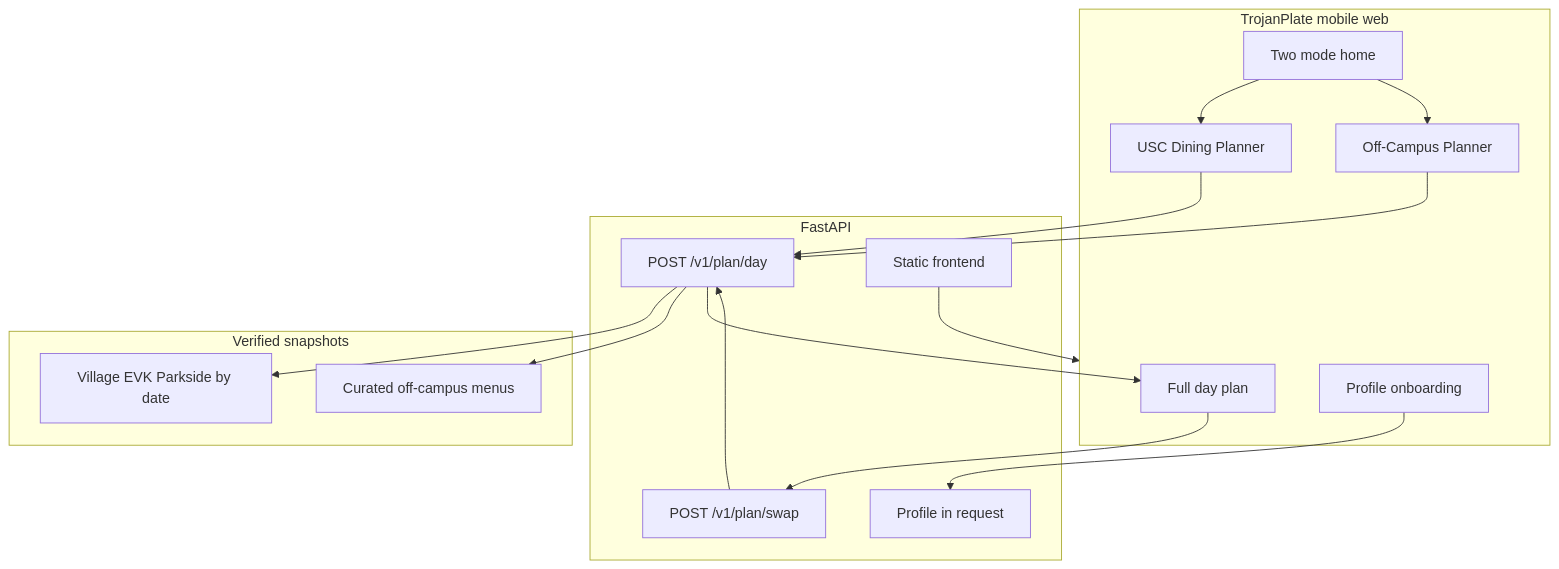
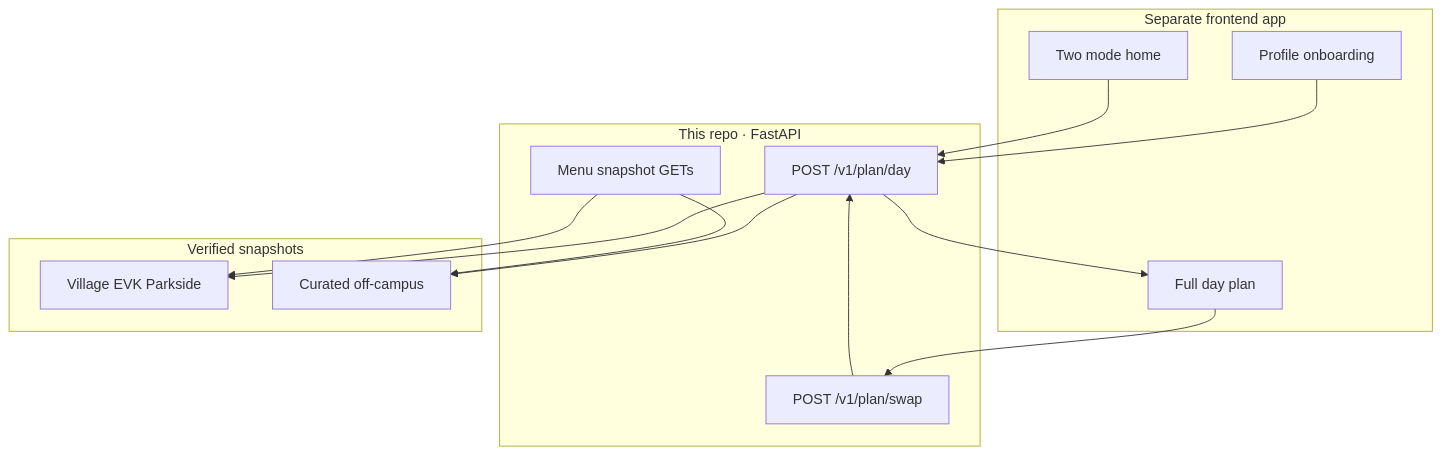
One commit to pavan-r411/TrojanFork-Backend changed the diagram in ARCHITECTURE.md. Above: the diagram before and after it, drawn with Mermaid. The commit also changed other lines of this file and 13 other files, not shown here.

First line of the commit message:
Make repo backend-only for separate TrojanPlate frontend.

````diff
--- a/ARCHITECTURE.md
+++ b/ARCHITECTURE.md
@@ -26,34 +26,29 @@
 ```mermaid
 flowchart TB
-  subgraph UI [TrojanPlate mobile web]
+  subgraph FE [Separate frontend app]
     Onboard[Profile onboarding]
     Home[Two mode home]
-    USCMode[USC Dining Planner]
-    OffMode[Off-Campus Planner]
     DayView[Full day plan]
   end
 
-  subgraph API [FastAPI]
-    Profile[Profile in request]
+  subgraph API [This repo · FastAPI]
     Plan["POST /v1/plan/day"]
     Swap["POST /v1/plan/swap"]
-    Static[Static frontend]
+    Menus[Menu snapshot GETs]
   end
 
   subgraph Data [Verified snapshots]
-    Halls[Village EVK Parkside by date]
-    Nearby[Curated off-campus menus]
+    Halls[Village EVK Parkside]
+    Nearby[Curated off-campus]
   end
 
-  Onboard --> Profile
-  Home --> USCMode
-  Home --> OffMode
-  USCMode --> Plan
-  OffMode --> Plan
+  Onboard --> Plan
+  Home --> Plan
   Plan --> Halls
   Plan --> Nearby
   Plan --> DayView
   DayView --> Swap
   Swap --> Plan
-  Static --> UI
+  Menus --> Halls
+  Menus --> Nearby
 ```
````
